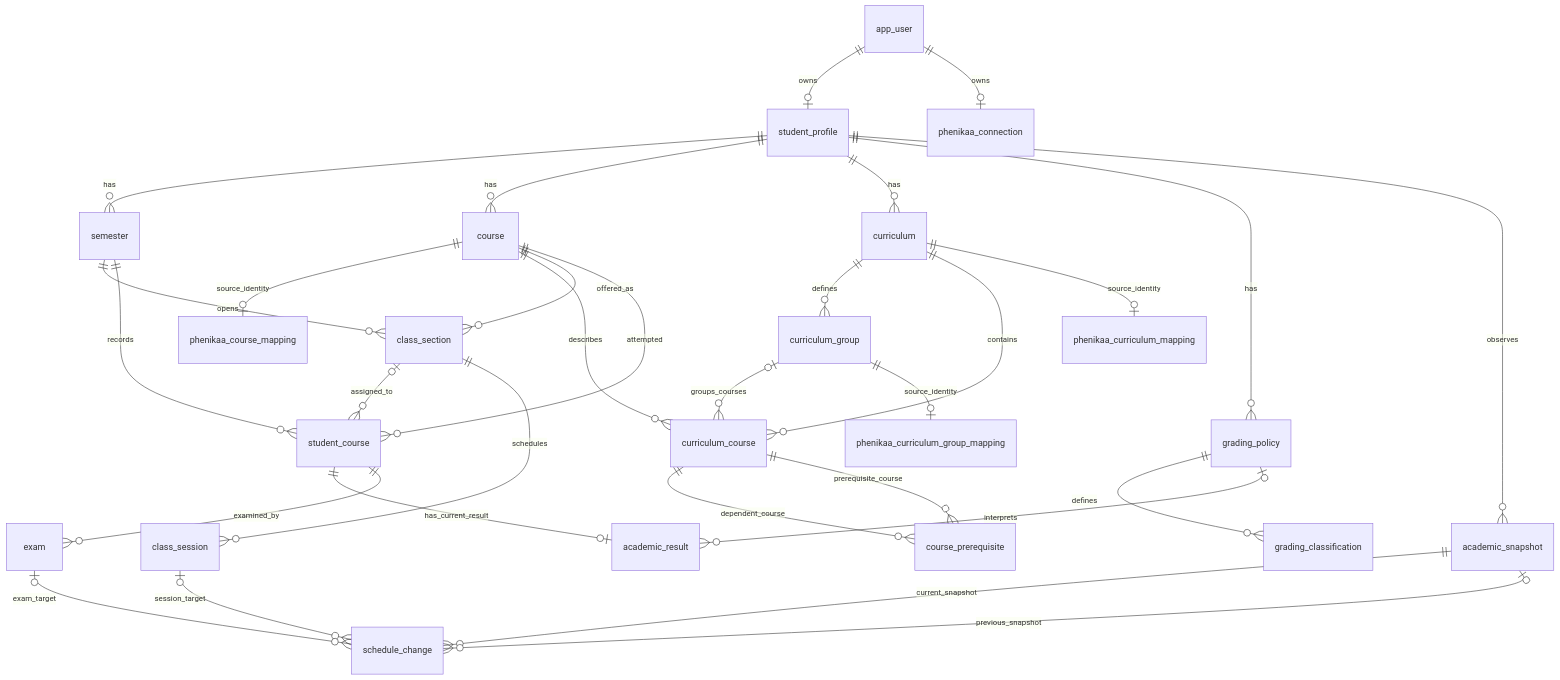
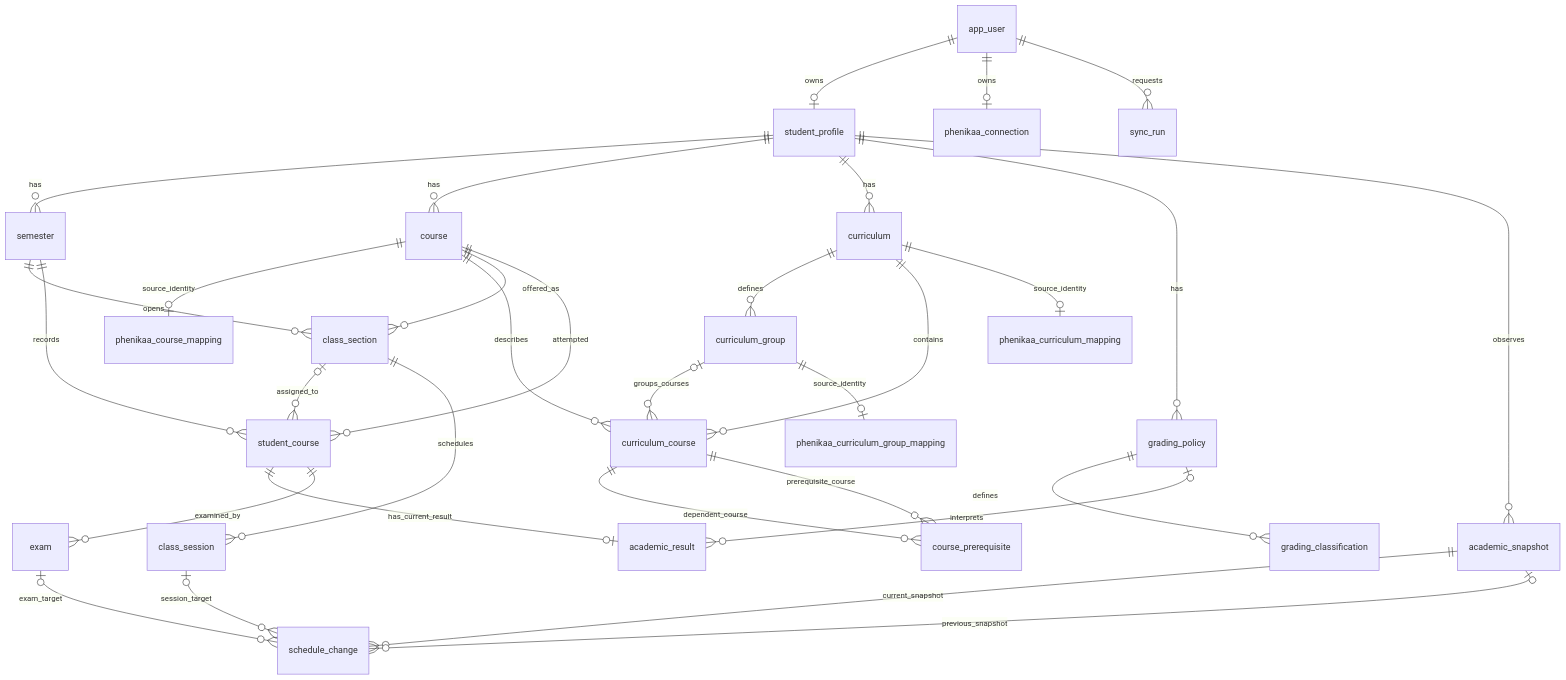
The diagram in docs/database-model.md (Shuuma4869/He-thong-quan-ly-hoc-vu-cho-sinh-vien), drawn with Mermaid before and after one commit. The commit also changed other lines of this file and 6 other files, not shown here.

````diff
--- a/docs/database-model.md
+++ b/docs/database-model.md
@@ -19,33 +19,34 @@
 ```mermaid
 erDiagram
     app_user ||--o| student_profile : owns
     app_user ||--o| phenikaa_connection : owns
+    app_user ||--o{ sync_run : requests
     student_profile ||--o{ semester : has
     student_profile ||--o{ course : has
     student_profile ||--o{ curriculum : has
     student_profile ||--o{ grading_policy : has
     curriculum ||--o{ curriculum_group : defines
     curriculum ||--o{ curriculum_course : contains
     curriculum_group o|--o{ curriculum_course : groups_courses
     curriculum ||--o| phenikaa_curriculum_mapping : source_identity
     course ||--o| phenikaa_course_mapping : source_identity
     curriculum_group ||--o| phenikaa_curriculum_group_mapping : source_identity
     course ||--o{ curriculum_course : describes
     curriculum_course ||--o{ course_prerequisite : dependent_course
     curriculum_course ||--o{ course_prerequisite : prerequisite_course
     grading_policy ||--o{ grading_classification : defines
     semester ||--o{ class_section : opens
     course ||--o{ class_section : offered_as
     course ||--o{ student_course : attempted
     semester ||--o{ student_course : records
     class_section o|--o{ student_course : assigned_to
     student_course ||--o| academic_result : has_current_result
     grading_policy o|--o{ academic_result : interprets
     class_section ||--o{ class_session : schedules
     student_course ||--o{ exam : examined_by
     student_profile ||--o{ academic_snapshot : observes
     academic_snapshot ||--o{ schedule_change : current_snapshot
     academic_snapshot o|--o{ schedule_change : previous_snapshot
     class_session o|--o{ schedule_change : session_target
     exam o|--o{ schedule_change : exam_target
 ```
````
